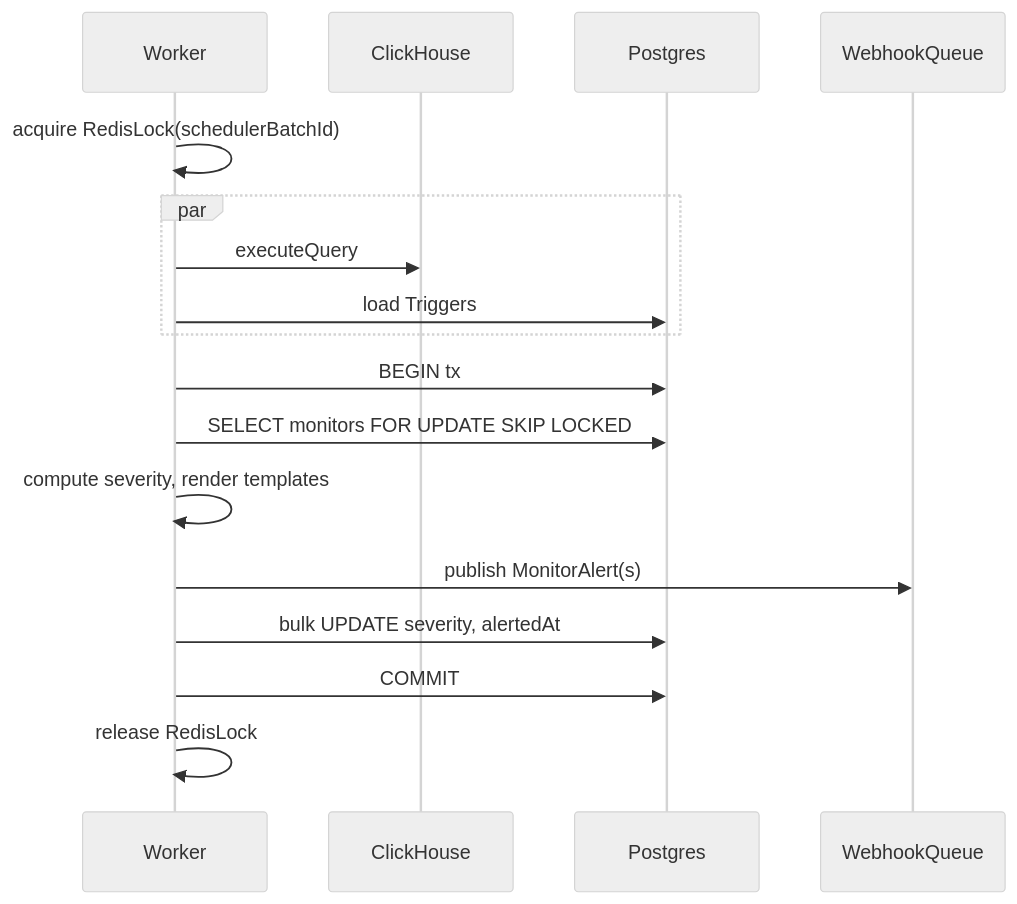
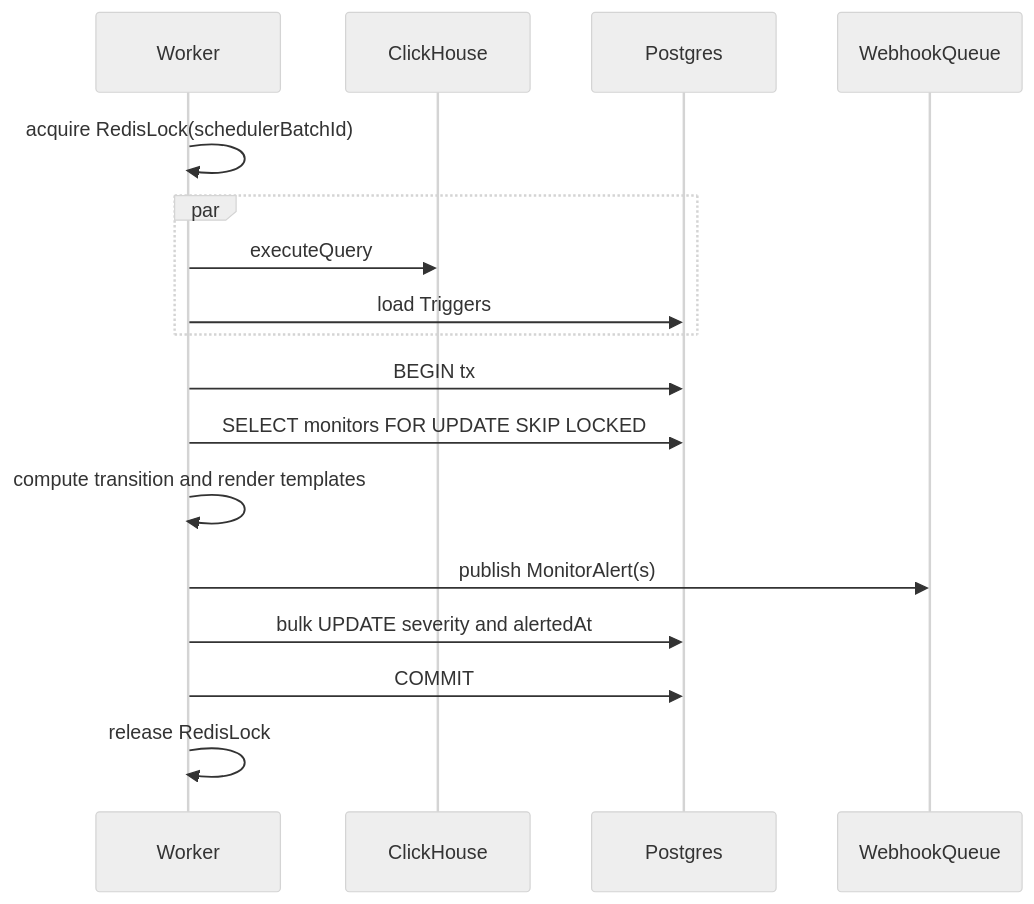
The fifth of 6 diagrams in content/blog/2026-05-30-designing-monitors-and-alerting.mdx (langfuse/langfuse-docs), drawn with Mermaid (neutral theme) before and after one commit. The commit also changed other lines of this file, not shown here.

````diff
--- a/content/blog/2026-05-30-designing-monitors-and-alerting.mdx
+++ b/content/blog/2026-05-30-designing-monitors-and-alerting.mdx
@@ -144,20 +202,20 @@
 ```mermaid
 sequenceDiagram
   participant W as Worker
   participant CH as ClickHouse
   participant PG as Postgres
   participant Q as WebhookQueue
 
   W->>W: acquire RedisLock(schedulerBatchId)
   par
     W->>CH: executeQuery
     W->>PG: load Triggers
   end
   W->>PG: BEGIN tx
   W->>PG: SELECT monitors FOR UPDATE SKIP LOCKED
-  W->>W: compute severity, render templates
+  W->>W: compute transition and render templates
   W->>Q: publish MonitorAlert(s)
-  W->>PG: bulk UPDATE severity, alertedAt
+  W->>PG: bulk UPDATE severity and alertedAt
   W->>PG: COMMIT
   W->>W: release RedisLock
 ```
````
